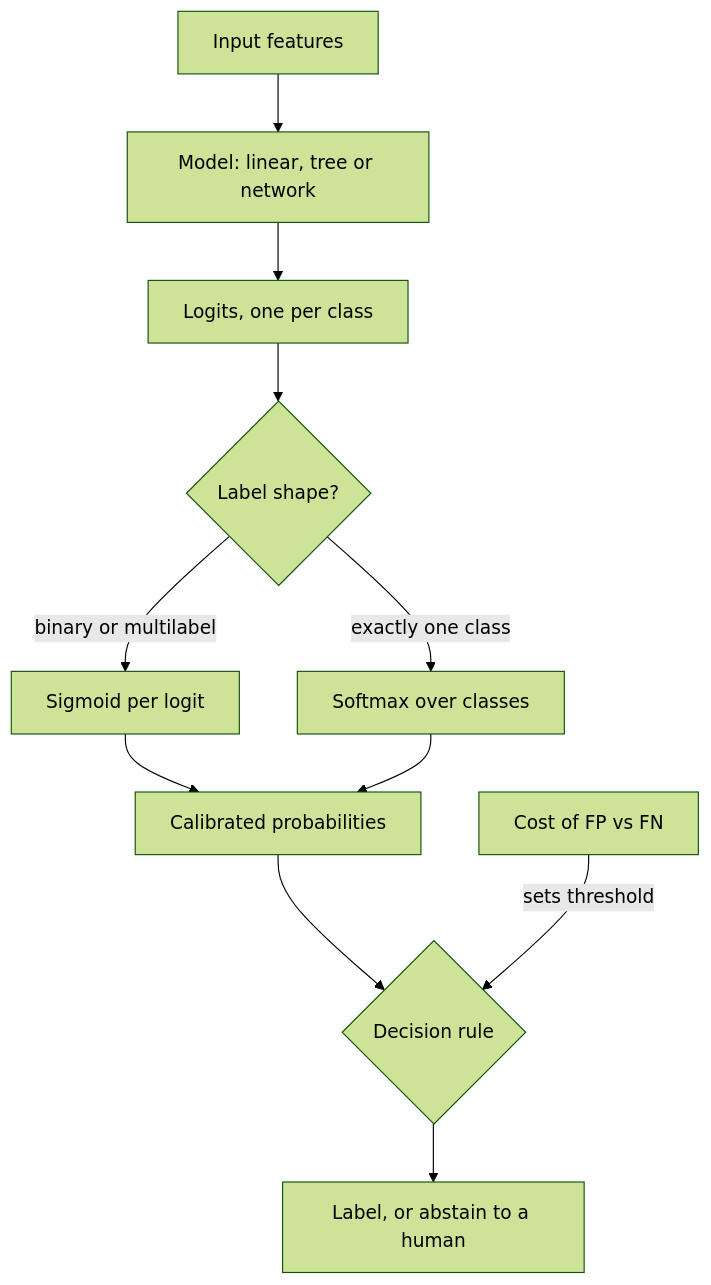
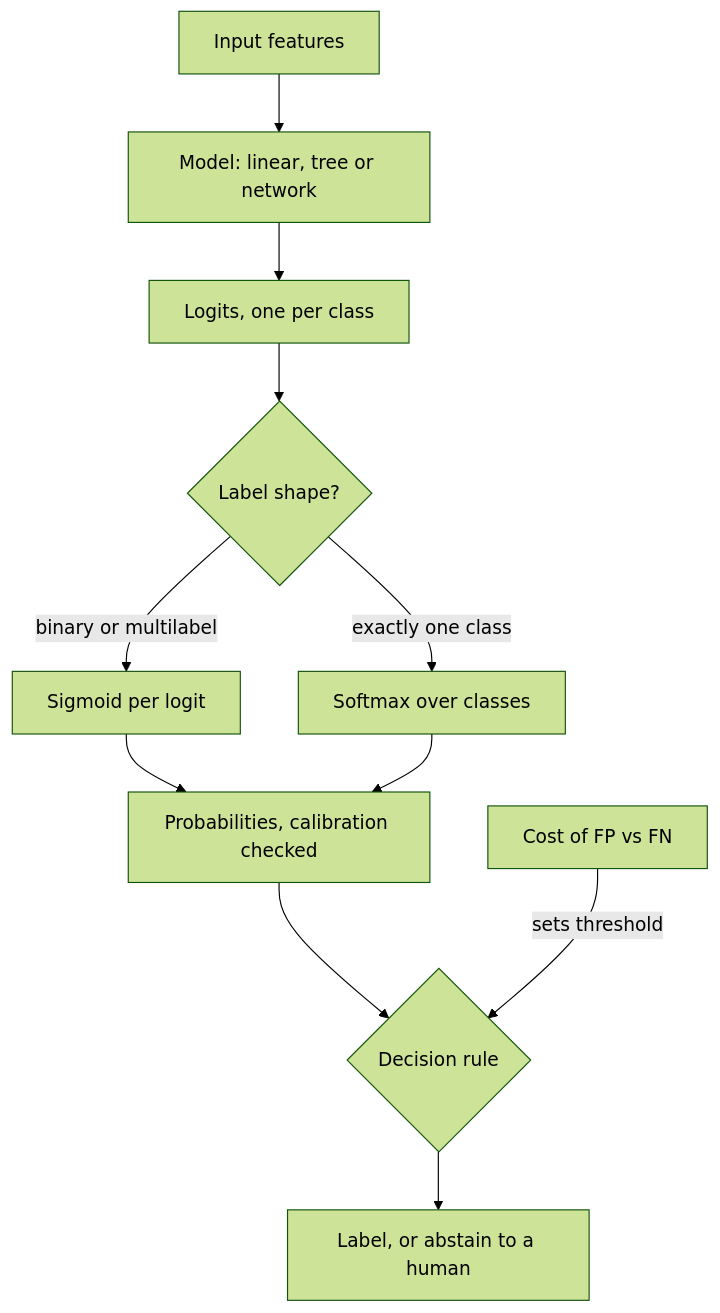
One commit to lovishmahajan97/agentic-learning changed the diagram in content/ml-fundamentals/classification.md. Above: the diagram before and after it, drawn with Mermaid (forest theme). The commit also changed other lines of this file and 213 other files, not shown here.

````diff
--- a/content/ml-fundamentals/classification.md
+++ b/content/ml-fundamentals/classification.md
@@ -122,13 +123,13 @@
 ```mermaid
 flowchart TD
     X["Input features"] --> M["Model: linear, tree or network"]
     M --> Z["Logits, one per class"]
     Z --> SH{"Label shape?"}
     SH -->|"binary or multilabel"| SG["Sigmoid per logit"]
     SH -->|"exactly one class"| SM["Softmax over classes"]
-    SG --> P["Calibrated probabilities"]
+    SG --> P["Probabilities, calibration checked"]
     SM --> P
     P --> D{"Decision rule"}
     C["Cost of FP vs FN"] -->|"sets threshold"| D
     D --> L["Label, or abstain to a human"]
 ```
````
